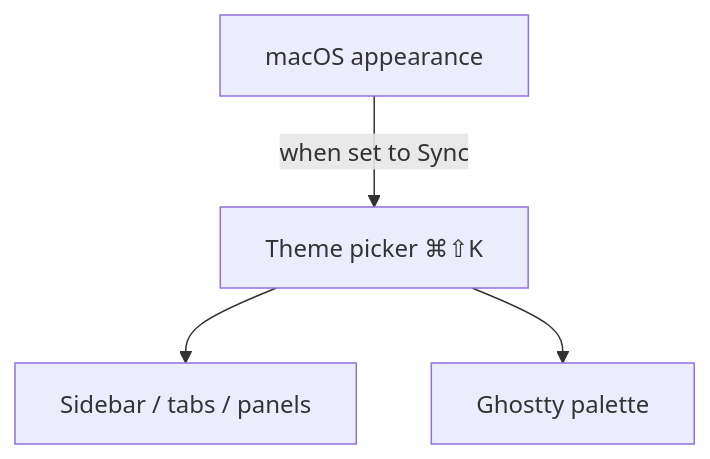
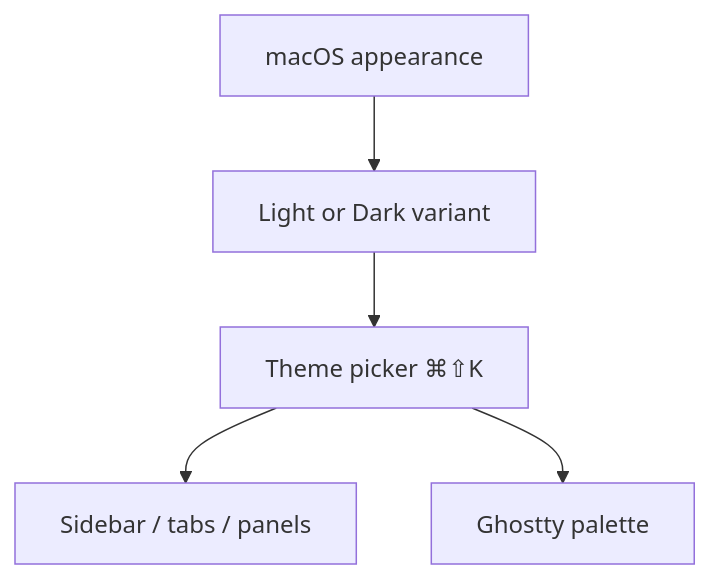
The diagram in docs/features/themes.md (Mu-L/muxy), drawn with Mermaid before and after one commit. The commit also changed other lines of this file and 38 other files, not shown here.

````diff
--- a/docs/features/themes.md
+++ b/docs/features/themes.md
@@ -5,6 +5,7 @@
 ```mermaid
 flowchart TB
-  System[macOS appearance] -->|when set to Sync| Picker
-  Picker[Theme picker ⌘⇧K] --> Chrome[Sidebar / tabs / panels]
+  System[macOS appearance] --> Variant[Light or Dark variant]
+  Variant --> Picker[Theme picker ⌘⇧K]
+  Picker --> Chrome[Sidebar / tabs / panels]
   Picker --> Terminal[Ghostty palette]
 ```
````
